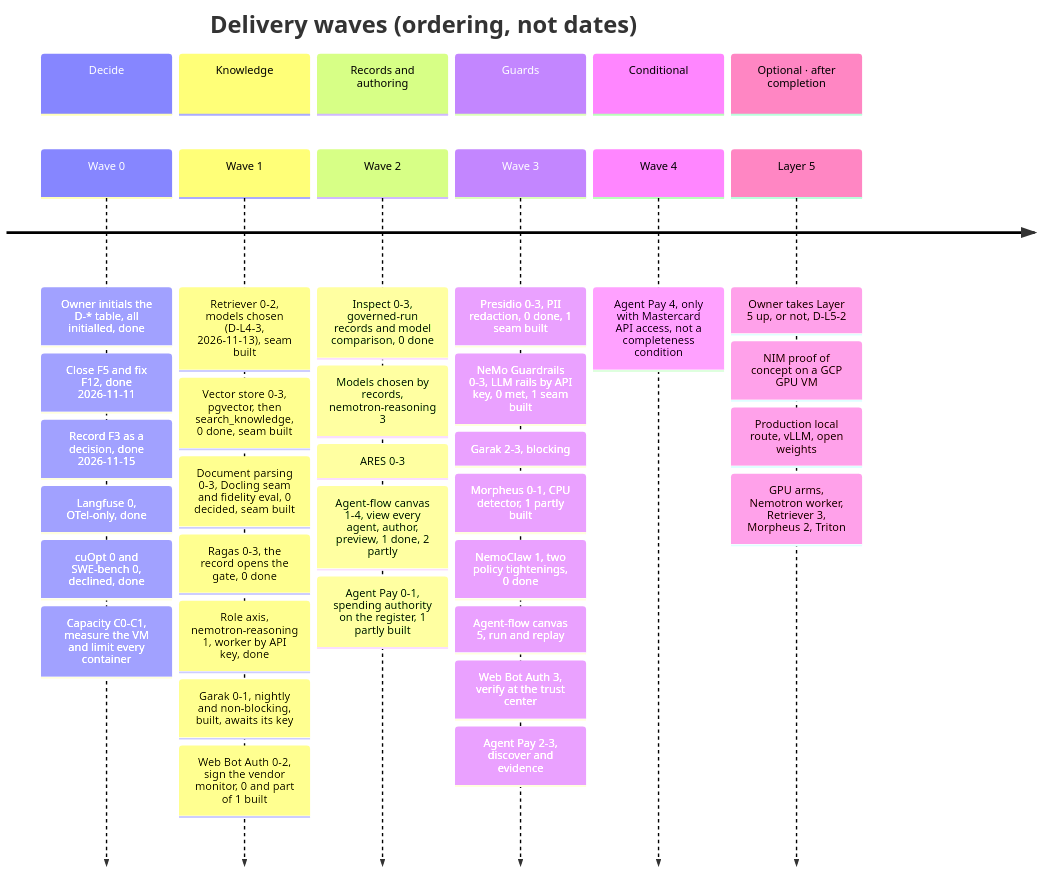
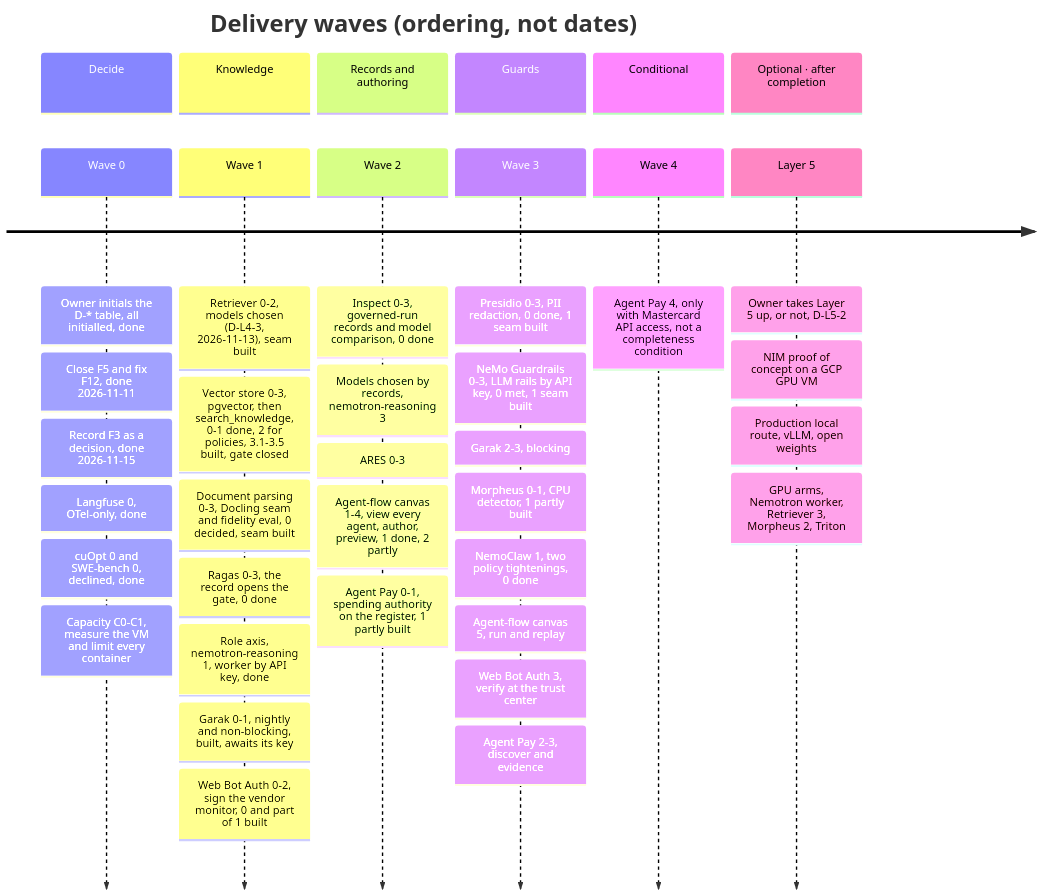
The third of 5 diagrams in docs/ai-architecture-roadmap.md (RodnaPamet/inflect-compliance), drawn with Mermaid before and after one commit. The commit also changed other lines of this file and 39 other files, not shown here.

First line of the commit message:
feat(knowledge): search_knowledge — the vector store's query path, guarded, behind a mount gate (vector store 3.1–3.5)

````diff
--- a/docs/ai-architecture-roadmap.md
+++ b/docs/ai-architecture-roadmap.md
@@ -975,41 +983,41 @@
 ```mermaid
 timeline
   title Delivery waves (ordering, not dates)
   section Decide
     Wave 0 : Owner initials the D-* table, all initialled, done
            : Close F5 and fix F12, done 2026-11-11
            : Record F3 as a decision, done 2026-11-15
            : Langfuse 0, OTel-only, done
            : cuOpt 0 and SWE-bench 0, declined, done
            : Capacity C0-C1, measure the VM and limit every container
   section Knowledge
     Wave 1 : Retriever 0-2, models chosen (D-L4-3, 2026-11-13), seam built
-           : Vector store 0-3, pgvector, then search_knowledge, 0 done, seam built
+           : Vector store 0-3, pgvector, then search_knowledge, 0-1 done, 2 for policies, 3.1-3.5 built, gate closed
            : Document parsing 0-3, Docling seam and fidelity eval, 0 decided, seam built
            : Ragas 0-3, the record opens the gate, 0 done
            : Role axis, nemotron-reasoning 1, worker by API key, done
            : Garak 0-1, nightly and non-blocking, built, awaits its key
            : Web Bot Auth 0-2, sign the vendor monitor, 0 and part of 1 built
   section Records and authoring
     Wave 2 : Inspect 0-3, governed-run records and model comparison, 0 done
            : Models chosen by records, nemotron-reasoning 3
            : ARES 0-3
            : Agent-flow canvas 1-4, view every agent, author, preview, 1 done, 2 partly
            : Agent Pay 0-1, spending authority on the register, 1 partly built
   section Guards
     Wave 3 : Presidio 0-3, PII redaction, 0 done, 1 seam built
            : NeMo Guardrails 0-3, LLM rails by API key, 0 met, 1 seam built
            : Garak 2-3, blocking
            : Morpheus 0-1, CPU detector, 1 partly built
            : NemoClaw 1, two policy tightenings, 0 done
            : Agent-flow canvas 5, run and replay
            : Web Bot Auth 3, verify at the trust center
            : Agent Pay 2-3, discover and evidence
   section Conditional
     Wave 4 : Agent Pay 4, only with Mastercard API access, not a completeness condition
   section Optional · after completion
     Layer 5 : Owner takes Layer 5 up, or not, D-L5-2
             : NIM proof of concept on a GCP GPU VM
             : Production local route, vLLM, open weights
             : GPU arms, Nemotron worker, Retriever 3, Morpheus 2, Triton
 ```
````
